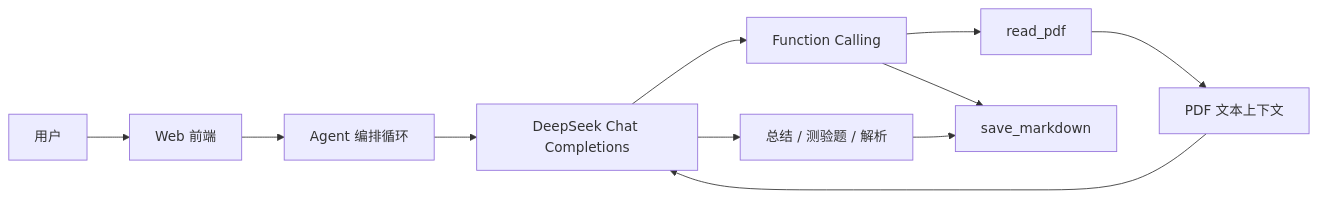
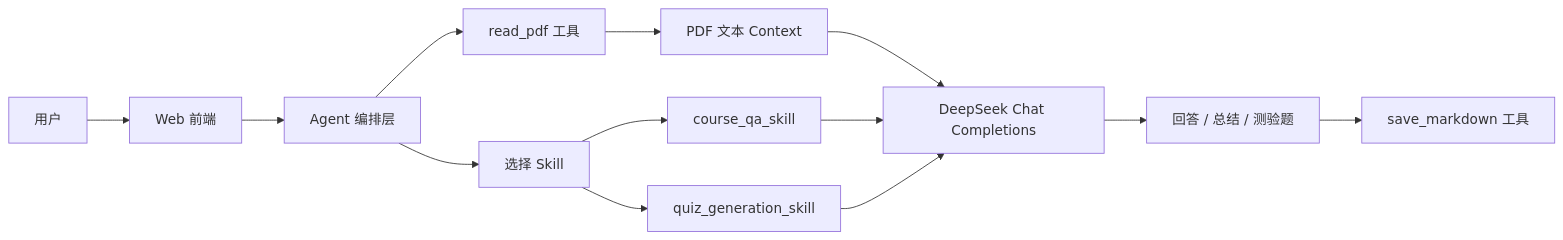
One commit to Elaina168/course-research-agent changed the diagram in README.md. Above: the diagram before and after it, drawn with Mermaid. The commit also changed other lines of this file and 13 other files, not shown here.

````diff
--- a/README.md
+++ b/README.md
@@ -19,13 +23,15 @@
 ```mermaid
 flowchart LR
     User["用户"] --> UI["Web 前端"]
-    UI --> Agent["Agent 编排循环"]
-    Agent --> LLM["DeepSeek Chat Completions"]
-    LLM --> ToolChoice["Function Calling"]
-    ToolChoice --> PDF["read_pdf"]
-    ToolChoice --> MD["save_markdown"]
-    PDF --> Context["PDF 文本上下文"]
-    Context --> LLM
-    LLM --> Answer["总结 / 测验题 / 解析"]
-    Answer --> MD
+    UI --> Agent["Agent 编排层"]
+    Agent --> SkillChoice["选择 Skill"]
+    SkillChoice --> QA["course_qa_skill"]
+    SkillChoice --> Quiz["quiz_generation_skill"]
+    Agent --> PDF["read_pdf 工具"]
+    PDF --> Context["PDF 文本 Context"]
+    Context --> LLM["DeepSeek Chat Completions"]
+    QA --> LLM
+    Quiz --> LLM
+    LLM --> Answer["回答 / 总结 / 测验题"]
+    Answer --> MD["save_markdown 工具"]
 ```
````
